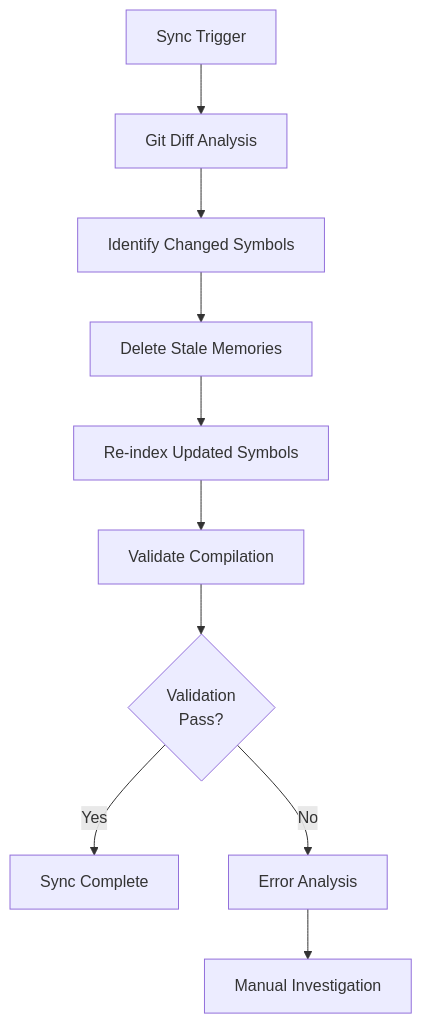
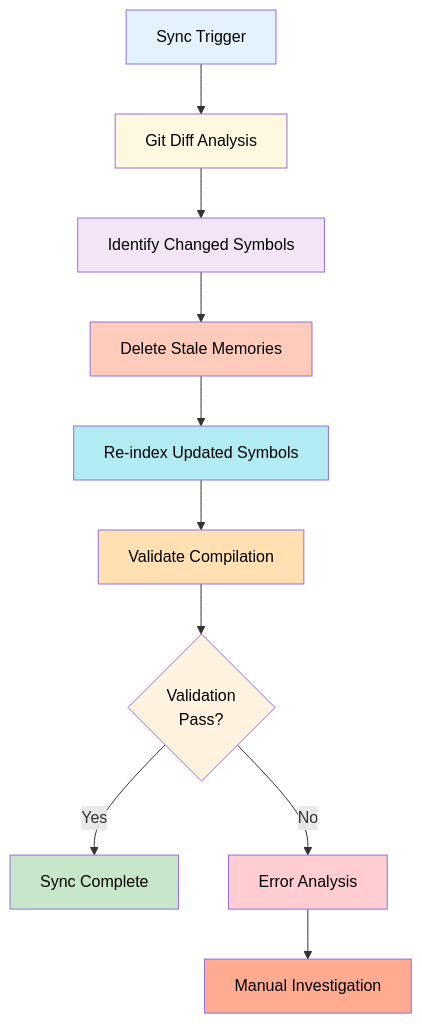
One commit to bprzybys-nc/ctx-eng-plus changed the eighth of 17 diagrams in docs/06-workflow-patterns.md. Above: the diagram before and after it, drawn with Mermaid. The commit also changed other lines of this file and 8 other files, not shown here.

````diff
--- a/docs/06-workflow-patterns.md
+++ b/docs/06-workflow-patterns.md
@@ -641,12 +716,23 @@
 ```mermaid
 graph TD
     A["Sync Trigger"] --> B["Git Diff Analysis"]
     B --> C["Identify Changed Symbols"]
     C --> D["Delete Stale Memories"]
     D --> E["Re-index Updated Symbols"]
     E --> F["Validate Compilation"]
     F --> G{"Validation<br/>Pass?"}
     G -->|Yes| H["Sync Complete"]
     G -->|No| I["Error Analysis"]
     I --> J["Manual Investigation"]
+
+    style A fill:#e3f2fd,color:#000
+    style B fill:#fff8e1,color:#000
+    style C fill:#f3e5f5,color:#000
+    style D fill:#ffccbc,color:#000
+    style E fill:#b2ebf2,color:#000
+    style F fill:#ffe0b2,color:#000
+    style G fill:#fff3e0,color:#000
+    style H fill:#c8e6c9,color:#000
+    style I fill:#ffcdd2,color:#000
+    style J fill:#ffab91,color:#000
 ```
````
